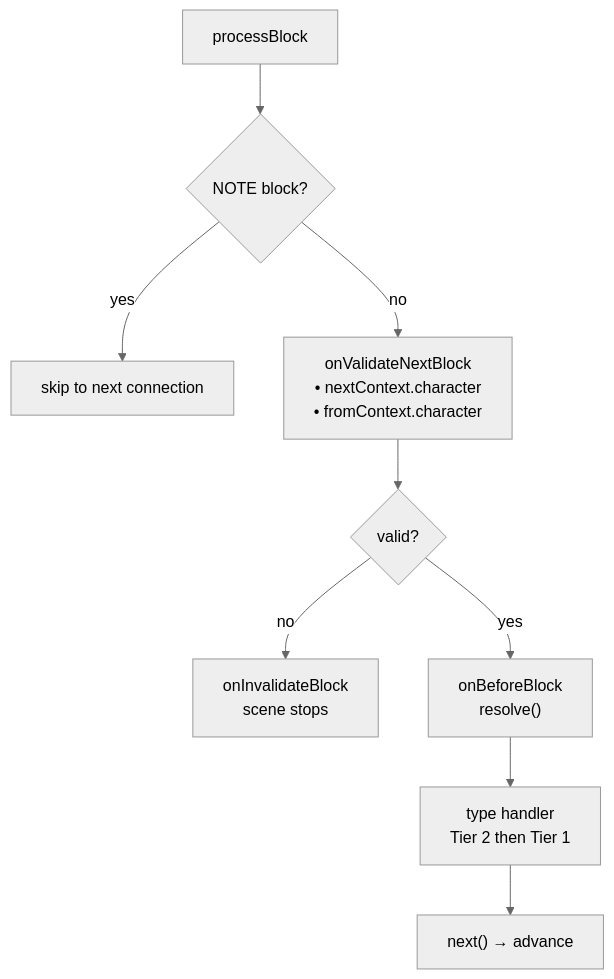
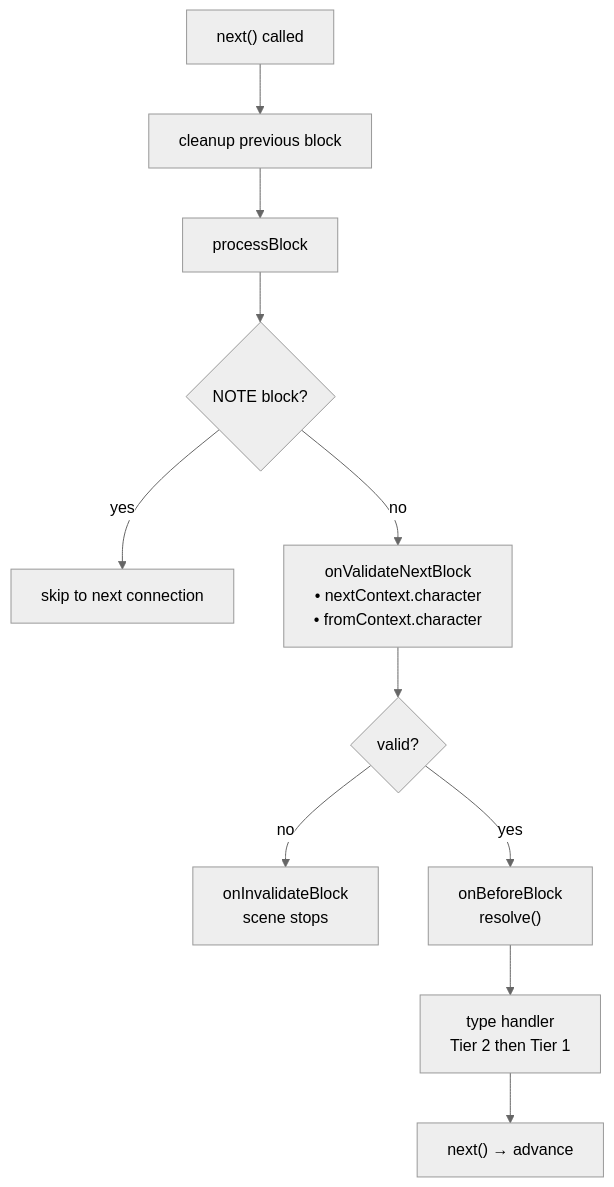
One commit to jonlepage/LS-Dialog-Editor-Engine changed the first of 2 diagrams in lsde-ts/docs/fr/guide/lifecycle.md. Above: the diagram before and after it, drawn with Mermaid (neutral theme). The commit also changed other lines of this file and 9 other files, not shown here.

````diff
--- a/lsde-ts/docs/fr/guide/lifecycle.md
+++ b/lsde-ts/docs/fr/guide/lifecycle.md
@@ -82,11 +82,13 @@
 ```mermaid
 flowchart TD
-    A[processBlock] --> B{NOTE block?}
-    B -- yes --> C[skip to next connection]
-    B -- no --> D["onValidateNextBlock\n• nextContext.character\n• fromContext.character"]
-    D --> E{valid?}
-    E -- no --> F[onInvalidateBlock\nscene stops]
-    E -- yes --> G["onBeforeBlock\nresolve()"]
-    G --> H[type handler\nTier 2 then Tier 1]
-    H --> I["next() → advance"]
+    A["next() called"] --> B["cleanup previous block"]
+    B --> C[processBlock]
+    C --> D{NOTE block?}
+    D -- yes --> E[skip to next connection]
+    D -- no --> F["onValidateNextBlock\n• nextContext.character\n• fromContext.character"]
+    F --> G{valid?}
+    G -- no --> H[onInvalidateBlock\nscene stops]
+    G -- yes --> I["onBeforeBlock\nresolve()"]
+    I --> J[type handler\nTier 2 then Tier 1]
+    J --> K["next() → advance"]
 ```
````
